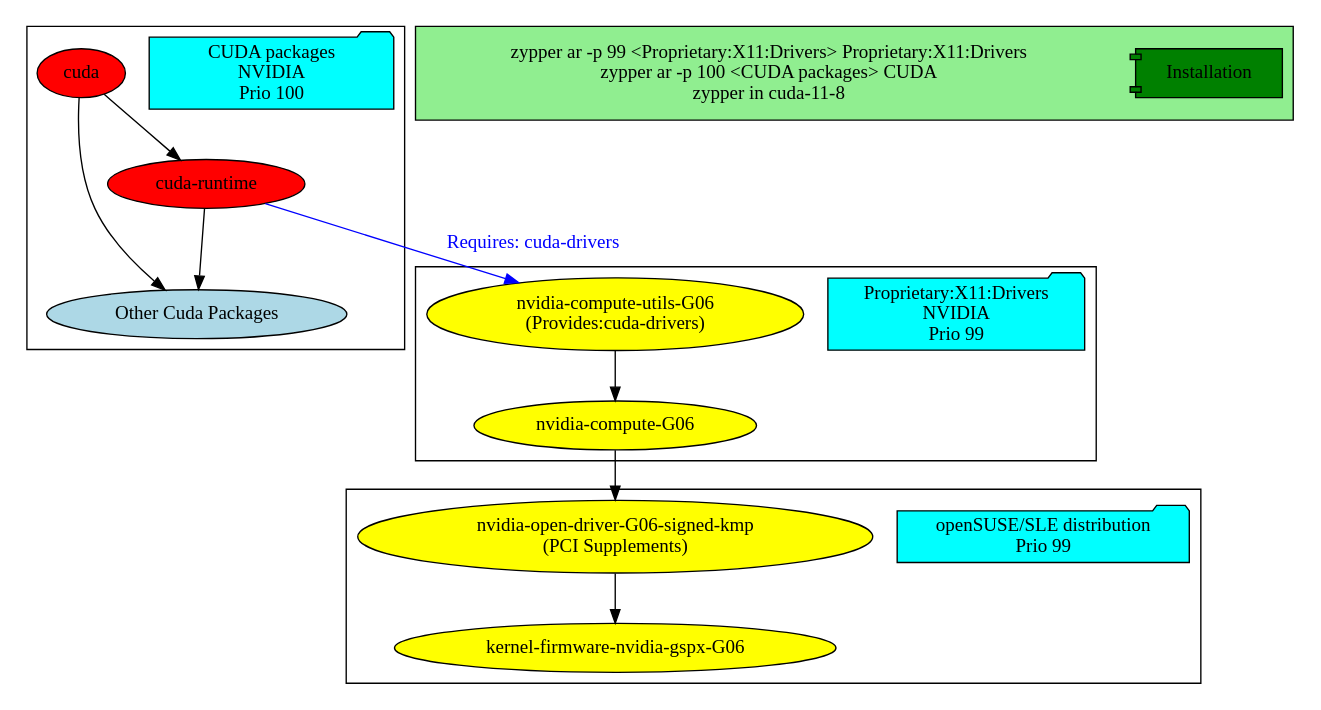
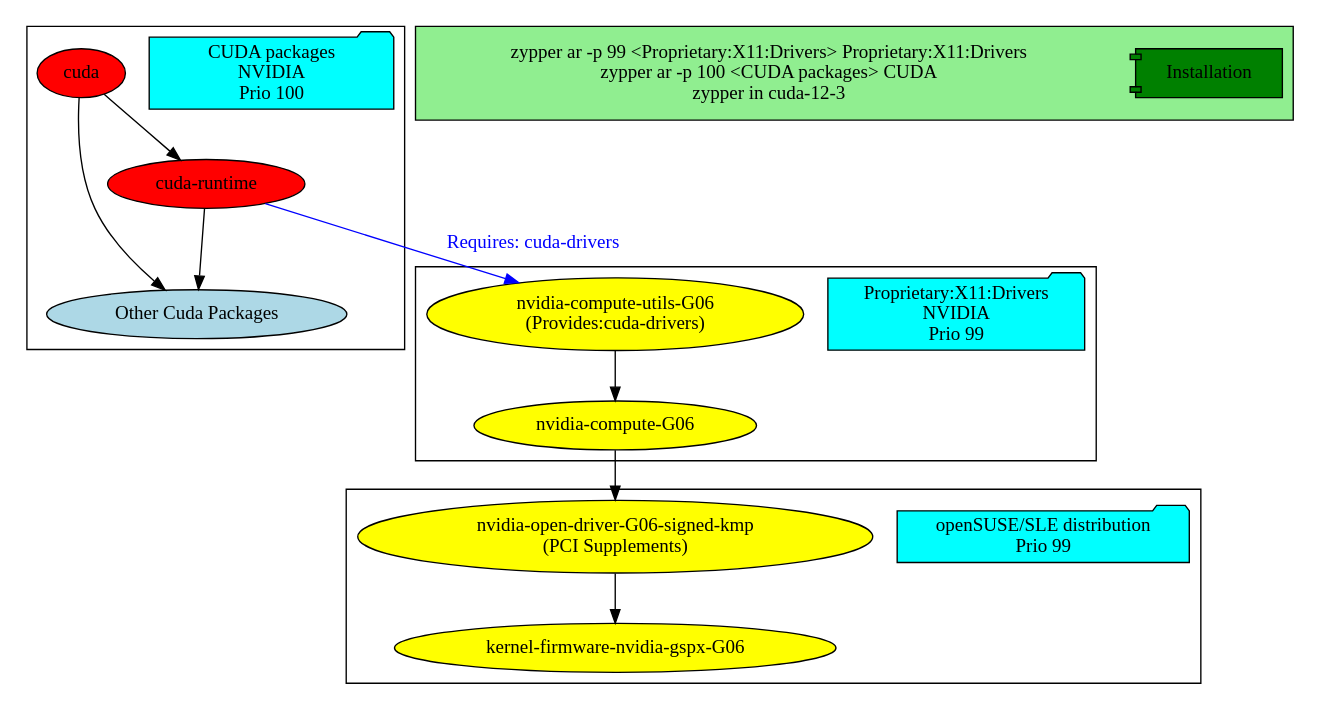
The diagram in assets/src/2022-06-07-nvidia-opengpu/repos.dot (sndirsch/sndirsch.github.io), drawn with Graphviz before and after one commit. The commit also changed 6 other files, not shown here.

```diff
--- a/assets/src/2022-06-07-nvidia-opengpu/repos.dot
+++ b/assets/src/2022-06-07-nvidia-opengpu/repos.dot
@@ -1,30 +1,30 @@
 digraph {
 	subgraph cluster_0 {
 		repo_nvidia_cuda[fillcolor=aqua,style=filled,width=2.5,shape=folder,label="CUDA packages\nNVIDIA\n Prio 100"]
 		cuda [fillcolor=red,style=filled] 
 		cuda_runtime [fillcolor=red,style=filled,label="cuda-runtime"]
 		cuda_other_packages[fillcolor=lightblue,style=filled,label="Other Cuda Packages"]
 	}
 	subgraph cluster_1 {
 		repo_nvidia_gfx[fillcolor=aqua,style=filled,width=2.5,shape=folder,label="Proprietary:X11:Drivers\nNVIDIA\n Prio 99"]
 		nvidia_compute_utils_G06[fillcolor=yellow,style=filled,label="nvidia-compute-utils-G06\n(Provides:cuda-drivers)"]
 		nvidia_compute_G06[fillcolor=yellow,style=filled,label="nvidia-compute-G06"]
 	}
 	subgraph cluster_2 {
 		repo_obs[fillcolor=aqua,style=filled,width=2.5,shape=folder,label="openSUSE/SLE distribution\n Prio 99"]
 		nvidia_open_driver_G06_signed_kmp[fillcolor=yellow,style=filled,label="nvidia-open-driver-G06-signed-kmp\n(PCI Supplements)"]
 		kernel_firmware_nvidia_gspx_G06[fillcolor=yellow,style=filled,label="kernel-firmware-nvidia-gspx-G06"]
 	}
 	subgraph cluster_3 {
 		bgcolor="lightgreen"
 		repo_install[fillcolor=green,style=filled,width=1.5,shape=component,label="Installation"]
-		command1[shape=none,width=7,label="zypper ar -p 99 <Proprietary:X11:Drivers> Proprietary:X11:Drivers\nzypper ar -p 100 <CUDA packages> CUDA\nzypper in cuda-11-8"]
+		command1[shape=none,width=7,label="zypper ar -p 99 <Proprietary:X11:Drivers> Proprietary:X11:Drivers\nzypper ar -p 100 <CUDA packages> CUDA\nzypper in cuda-12-3"]
 	}
 	cuda -> cuda_runtime
 	cuda -> cuda_other_packages
 	cuda_runtime -> nvidia_compute_utils_G06 [color="blue",fontcolor="blue",label="Requires: cuda-drivers"]
 	nvidia_compute_utils_G06 -> nvidia_compute_G06
 	cuda_runtime -> cuda_other_packages
         nvidia_compute_G06 -> nvidia_open_driver_G06_signed_kmp
 	nvidia_open_driver_G06_signed_kmp -> kernel_firmware_nvidia_gspx_G06
 }
```
